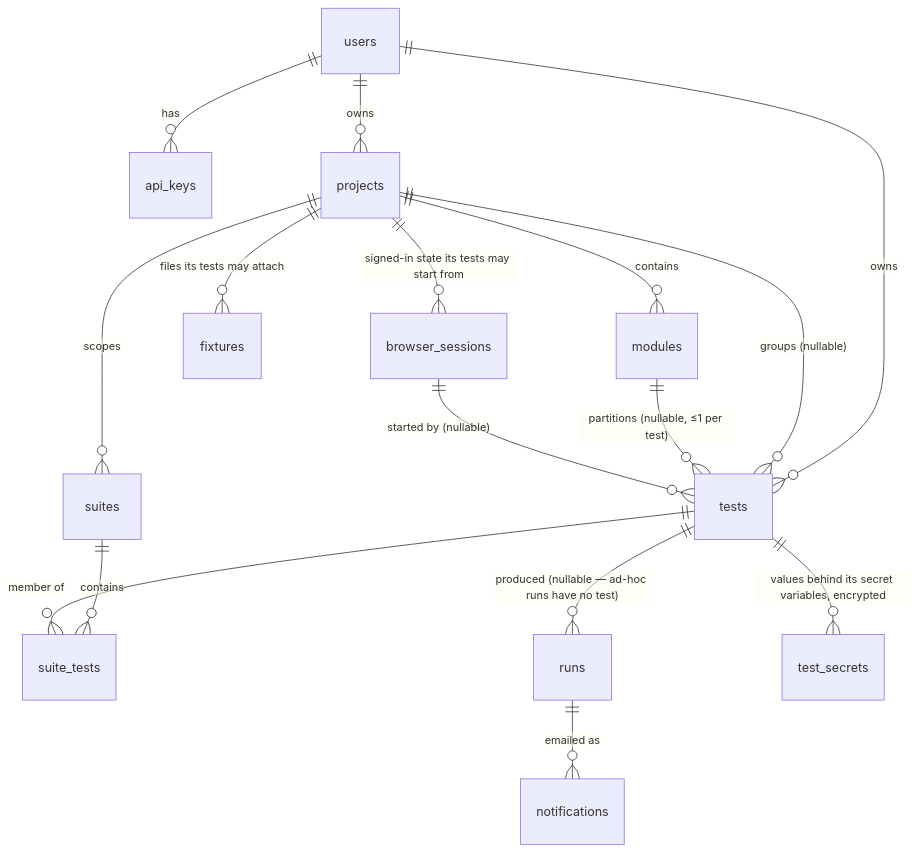
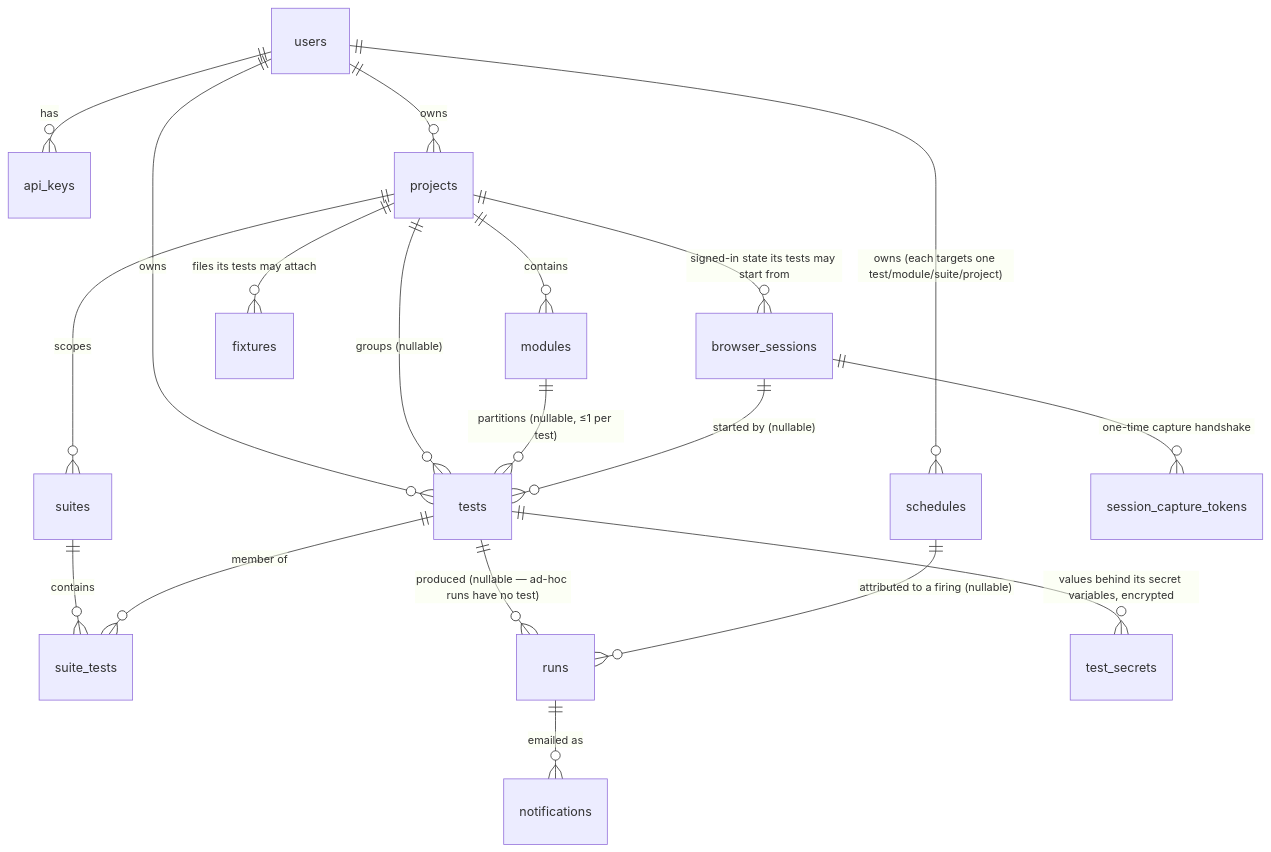
Before and after one commit to rszhd/qassist: the diagram in db/README.md, drawn with Mermaid. The commit also changed other lines of this file and 24 other files, not shown here.

````diff
--- a/db/README.md
+++ b/db/README.md
@@ -32,18 +32,21 @@
 ```mermaid
 erDiagram
   users    ||--o{ api_keys : has
   users    ||--o{ tests : owns
   users    ||--o{ projects : owns
   projects ||--o{ modules : contains
   projects ||--o{ suites : scopes
   projects ||--o{ tests : "groups (nullable)"
   modules  ||--o{ tests : "partitions (nullable, ≤1 per test)"
   suites   ||--o{ suite_tests : contains
   tests    ||--o{ suite_tests : "member of"
   tests    ||--o{ runs : "produced (nullable — ad-hoc runs have no test)"
+  users    ||--o{ schedules : "owns (each targets one test/module/suite/project)"
+  schedules ||--o{ runs : "attributed to a firing (nullable)"
+  browser_sessions ||--o{ session_capture_tokens : "one-time capture handshake"
   runs     ||--o{ notifications : "emailed as"
   projects ||--o{ fixtures : "files its tests may attach"
   projects ||--o{ browser_sessions : "signed-in state its tests may start from"
   browser_sessions ||--o{ tests : "started by (nullable)"
   tests    ||--o{ test_secrets : "values behind its secret variables, encrypted"
 ```
````
